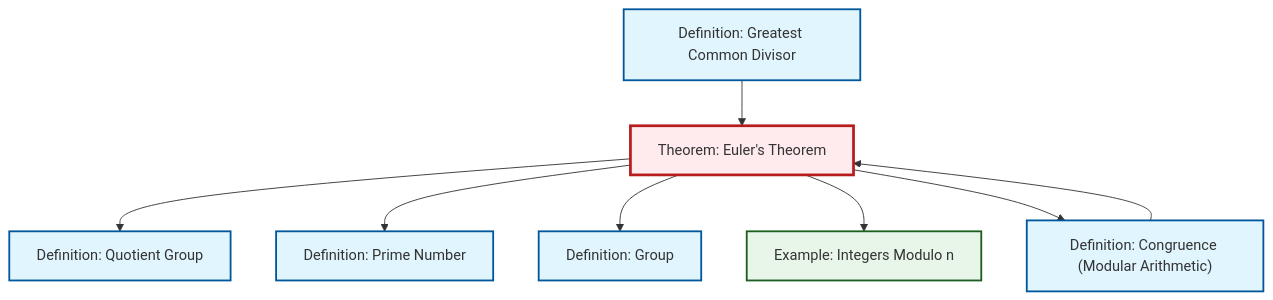
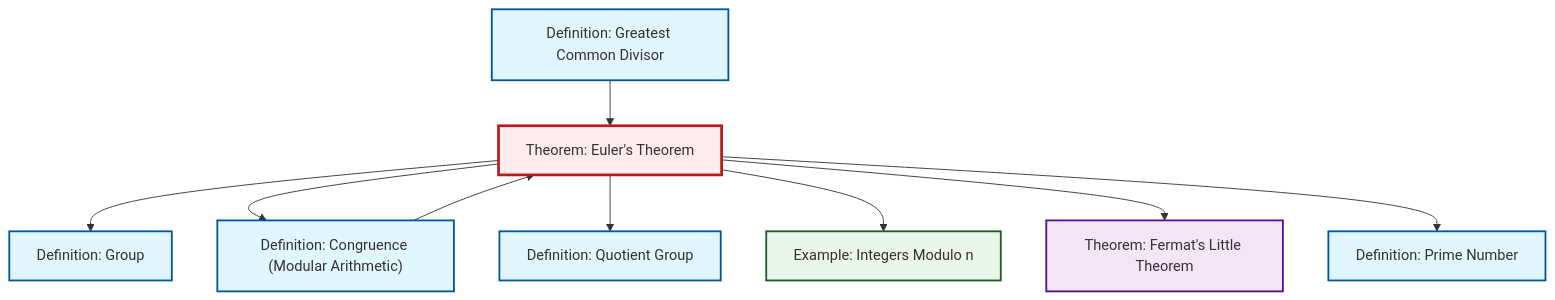
Before and after one commit to RK0429/ModernMath: the diagram in content/en/number-theory/thm-euler.qmd, drawn with Mermaid. The commit also changed 360 other files, not shown here.

````diff
--- a/content/en/number-theory/thm-euler.qmd
+++ b/content/en/number-theory/thm-euler.qmd
@@ -53,30 +53,33 @@
 ```{mermaid}
 %%| fig-cap: "Local dependency graph"
 graph TD
     classDef definition fill:#e1f5fe,stroke:#01579b,stroke-width:2px
     classDef theorem fill:#f3e5f5,stroke:#4a148c,stroke-width:2px
     classDef axiom fill:#fff3e0,stroke:#e65100,stroke-width:2px
     classDef example fill:#e8f5e9,stroke:#1b5e20,stroke-width:2px
     classDef current fill:#ffebee,stroke:#b71c1c,stroke-width:3px
+    def-quotient-group["Definition: Quotient Group"]:::definition
+    thm-fermat-little["Theorem: Fermat's Little Theorem"]:::theorem
+    thm-euler["Theorem: Euler's Theorem"]:::theorem
     ex-quotient-integers-mod-n["Example: Integers Modulo n"]:::example
-    thm-euler["Theorem: Euler's Theorem"]:::theorem
+    def-congruence["Definition: Congruence (Modular Arithmetic)"]:::definition
+    def-prime["Definition: Prime Number"]:::definition
+    def-group["Definition: Group"]:::definition
     def-gcd["Definition: Greatest Common Divisor"]:::definition
-    def-group["Definition: Group"]:::definition
-    def-prime["Definition: Prime Number"]:::definition
-    def-congruence["Definition: Congruence (Modular Arithmetic)"]:::definition
-    def-quotient-group["Definition: Quotient Group"]:::definition
+    thm-euler --> def-group
+    thm-euler --> def-congruence
     thm-euler --> def-quotient-group
+    def-congruence --> thm-euler
+    def-gcd --> thm-euler
+    thm-euler --> ex-quotient-integers-mod-n
+    thm-euler --> thm-fermat-little
     thm-euler --> def-prime
-    thm-euler --> def-group
-    thm-euler --> ex-quotient-integers-mod-n
-    def-congruence --> thm-euler
-    thm-euler --> def-congruence
-    def-gcd --> thm-euler
     class thm-euler current
+    click def-quotient-group "def-quotient-group.html" "Go to Quotient Group definition"
+    click thm-fermat-little "thm-fermat-little.html" "Go to Fermat's Little Theorem theorem"
     click ex-quotient-integers-mod-n "ex-quotient-integers-mod-n.html" "Go to Integers Modulo n example"
+    click def-congruence "def-congruence.html" "Go to Congruence (Modular Arithmetic) definition"
+    click def-prime "def-prime.html" "Go to Prime Number definition"
+    click def-group "def-group.html" "Go to Group definition"
     click def-gcd "def-gcd.html" "Go to Greatest Common Divisor definition"
-    click def-group "def-group.html" "Go to Group definition"
-    click def-prime "def-prime.html" "Go to Prime Number definition"
-    click def-congruence "def-congruence.html" "Go to Congruence (Modular Arithmetic) definition"
-    click def-quotient-group "def-quotient-group.html" "Go to Quotient Group definition"
 ```
````
